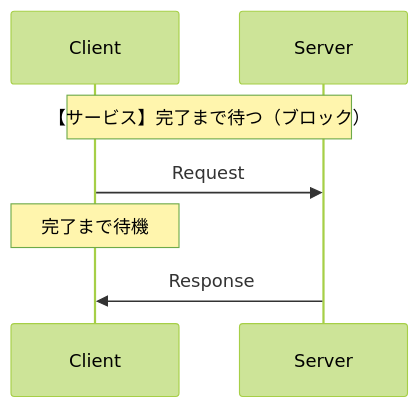
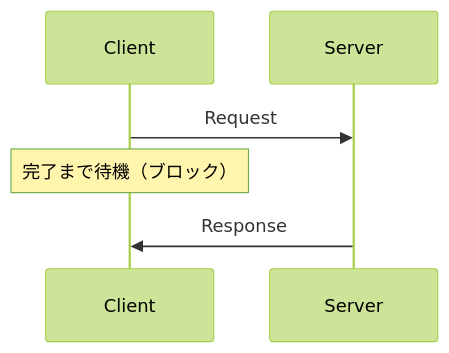
The second of 4 diagrams in docs/06_actionlib.md (Harlequinade1123/ros1-tutorials), drawn with Mermaid (forest theme) before and after one commit. The commit also changed other lines of this file and 1 other file, not shown here.

Commit message:
docs: add comparison diagrams and move sequenceDiagrams into details blocks in ch.5-6

````diff
--- a/docs/06_actionlib.md
+++ b/docs/06_actionlib.md
@@ -16,9 +30,8 @@
 ```mermaid
 sequenceDiagram
     participant C as Client
     participant S as Server
-    Note over C,S: 【サービス】完了まで待つ（ブロック）
     C->>S: Request
-    Note over C: 完了まで待機
+    Note over C: 完了まで待機（ブロック）
     S->>C: Response
 ```
````
